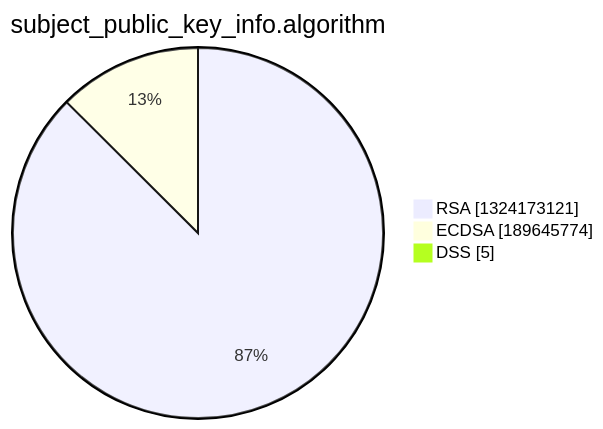
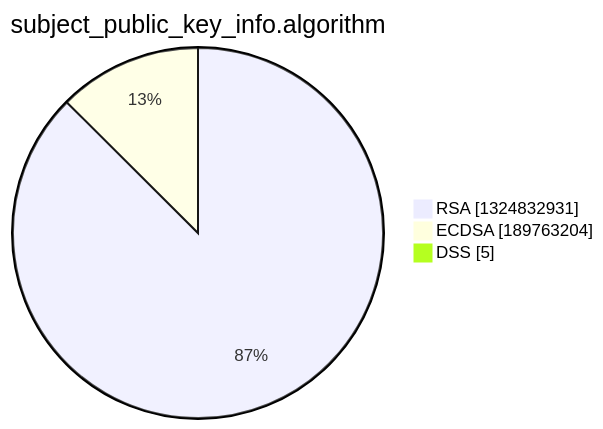
One commit to christiankrug/ctmonitor_visualization changed the third of 15 diagrams in xenon2022/README.md. Above: the diagram before and after it, drawn with Mermaid. The commit also changed other lines of this file, not shown here.

````diff
--- a/xenon2022/README.md
+++ b/xenon2022/README.md
@@ -14,7 +14,7 @@
 ```mermaid
 pie showData
 title subject_public_key_info.algorithm
-"RSA" :1324173121
-"ECDSA" :189645774
+"RSA" :1324832931
+"ECDSA" :189763204
 "DSS" :5
 ```
````
